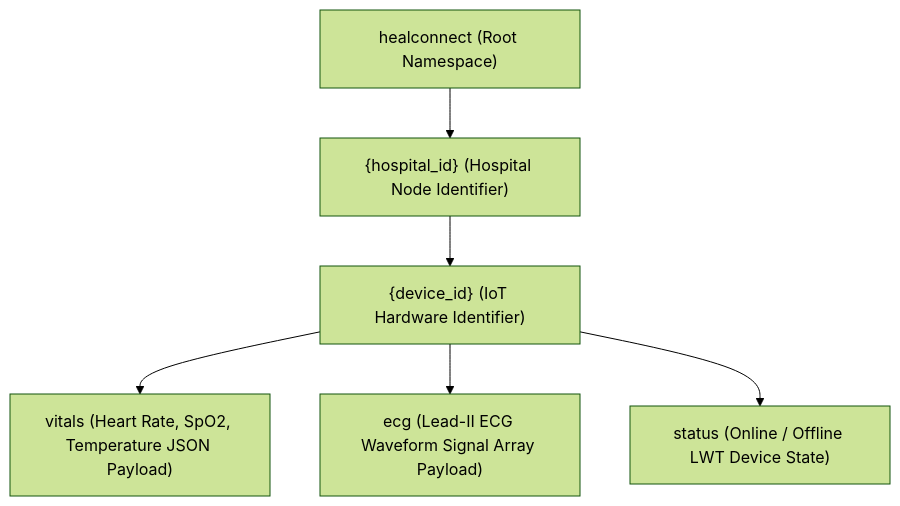
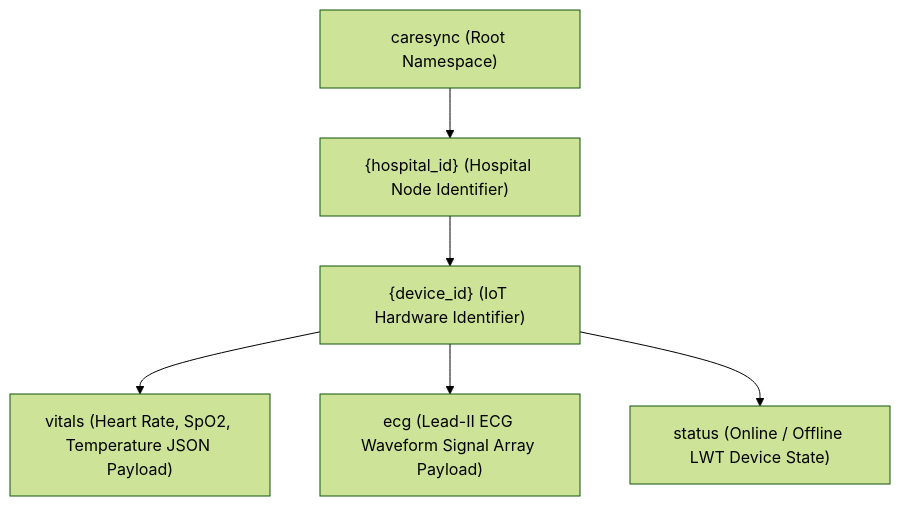
Before and after one commit to Pranjal-k22/CareSync: the diagram in architecture-project/08-mqtt-topic-hierarchy.md, drawn with Mermaid (forest theme). The commit also changed 46 other files, not shown here.

````diff
--- a/architecture-project/08-mqtt-topic-hierarchy.md
+++ b/architecture-project/08-mqtt-topic-hierarchy.md
@@ -6,18 +6,18 @@
 ```mermaid
 flowchart TD
-    Root["healconnect (Root Namespace)"]
+    Root["caresync (Root Namespace)"]
     
     Hospital["{hospital_id} (Hospital Node Identifier)"]
     Root --> Hospital
 
     Device["{device_id} (IoT Hardware Identifier)"]
     Hospital --> Device
 
     VitalsTopic["vitals (Heart Rate, SpO2, Temperature JSON Payload)"]
     ECGTopic["ecg (Lead-II ECG Waveform Signal Array Payload)"]
     StatusTopic["status (Online / Offline LWT Device State)"]
 
     Device --> VitalsTopic
     Device --> ECGTopic
     Device --> StatusTopic
 ```
````
